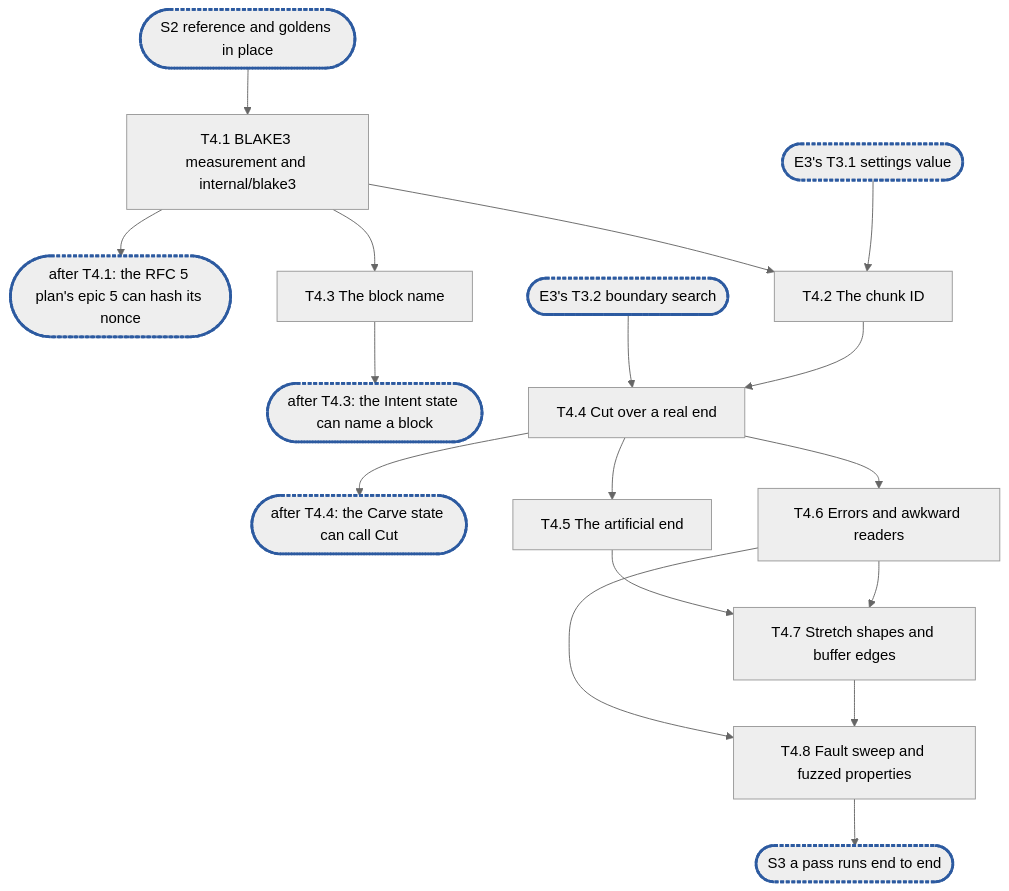
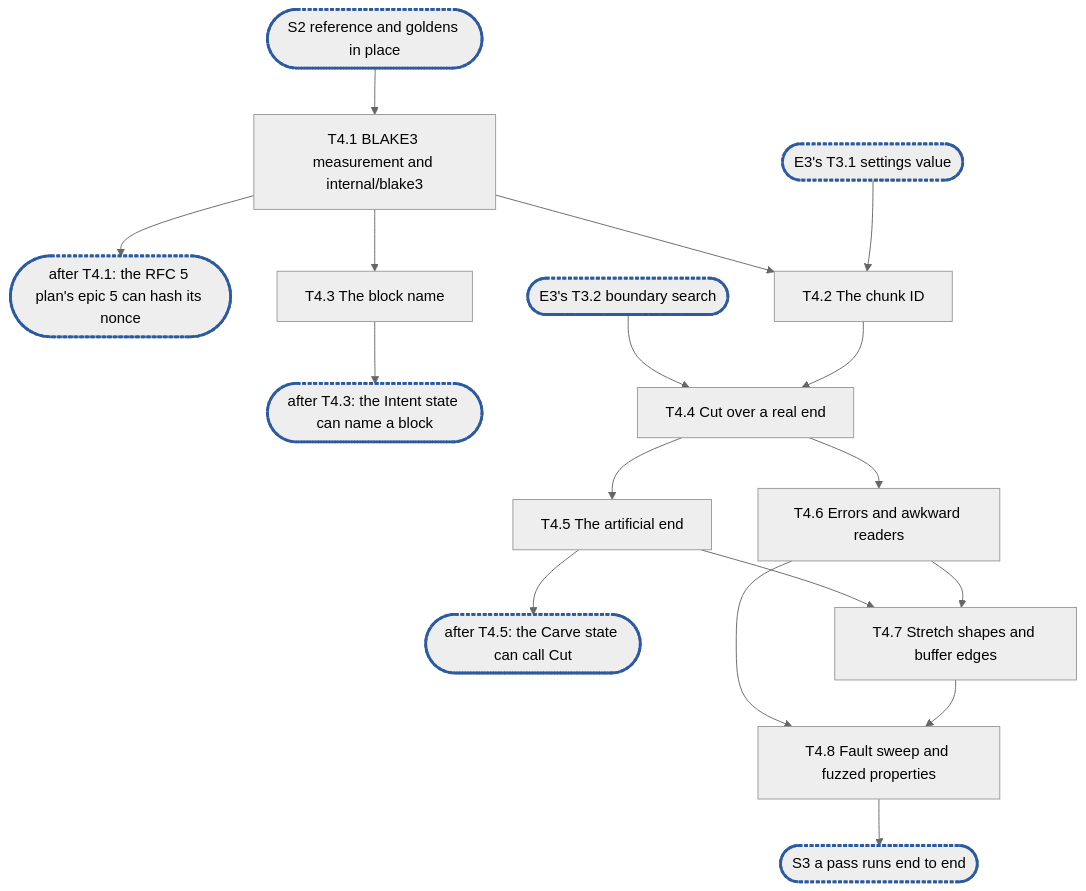
Before and after one commit to cubbit/dittofs: the diagram in .planning/rfc-2-carver-epic4.md, drawn with Mermaid (neutral theme). The commit also changed other lines of this file and 1 other file, not shown here.

````diff
--- a/.planning/rfc-2-carver-epic4.md
+++ b/.planning/rfc-2-carver-epic4.md
@@ -692,18 +718,18 @@
 ```mermaid
 flowchart TD
   S2(["S2 reference and goldens in place"]):::sync --> T4_1["T4.1 BLAKE3 measurement and internal/blake3"]
   T4_1 --> CP1(["after T4.1: the RFC 5 plan's epic 5 can hash its nonce"]):::sync
   T4_1 --> T4_2["T4.2 The chunk ID"]
   E3_1(["E3's T3.1 settings value"]):::sync --> T4_2
   T4_1 --> T4_3["T4.3 The block name"]
   T4_3 --> CP2(["after T4.3: the Intent state can name a block"]):::sync
   E3_2(["E3's T3.2 boundary search"]):::sync --> T4_4["T4.4 Cut over a real end"]
   T4_2 --> T4_4
-  T4_4 --> CP3(["after T4.4: the Carve state can call Cut"]):::sync
   T4_4 --> T4_5["T4.5 The artificial end"]
+  T4_5 --> CP3(["after T4.5: the Carve state can call Cut"]):::sync
   T4_4 --> T4_6["T4.6 Errors and awkward readers"]
   T4_5 & T4_6 --> T4_7["T4.7 Stretch shapes and buffer edges"]
   T4_6 & T4_7 --> T4_8["T4.8 Fault sweep and fuzzed properties"]
   T4_8 --> S3(["S3 a pass runs end to end"]):::sync
   classDef sync stroke:#2c5aa0,stroke-width:3px,stroke-dasharray:4 2
 ```
````
